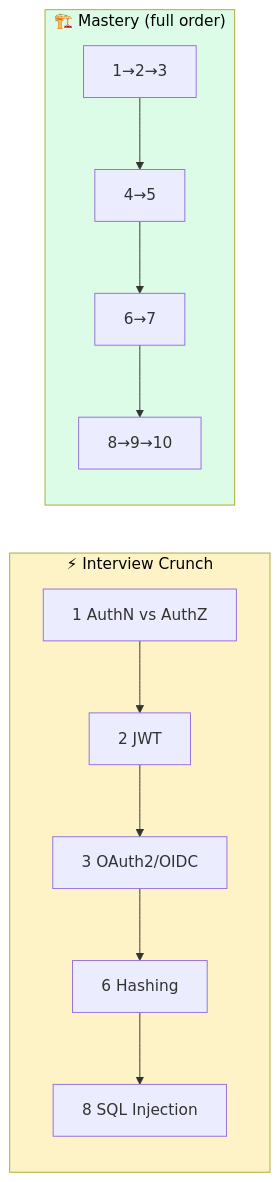
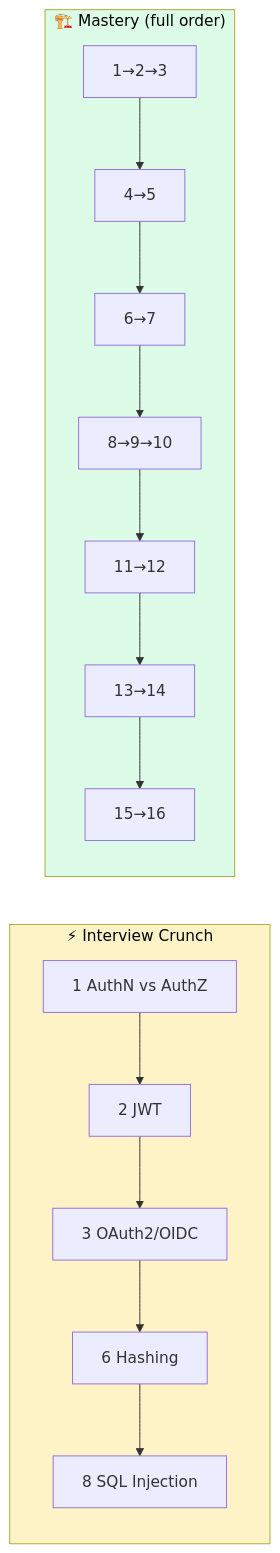
One commit to asishjagana/Interview-Prep-Dump changed the third of 3 diagrams in 11_Security_Identity/README.md. Above: the diagram before and after it, drawn with Mermaid. The commit also changed other lines of this file and 14 other files, not shown here.

Commit message:
Add SVG assets for MFA, PKI, and session cookie security diagrams

````diff
--- a/11_Security_Identity/README.md
+++ b/11_Security_Identity/README.md
@@ -68,11 +116,11 @@
 ```mermaid
 flowchart LR
     subgraph FAST["⚡ Interview Crunch"]
         F1["1 AuthN vs AuthZ"] --> F2["2 JWT"] --> F3["3 OAuth2/OIDC"] --> F4["6 Hashing"] --> F5["8 SQL Injection"]
     end
     subgraph DEEP["🏗️ Mastery (full order)"]
-        D1["1→2→3"] --> D2["4→5"] --> D3["6→7"] --> D4["8→9→10"]
+        D1["1→2→3"] --> D2["4→5"] --> D3["6→7"] --> D4["8→9→10"] --> D5["11→12"] --> D6["13→14"] --> D7["15→16"]
     end
     style FAST fill:#fef3c7,color:#000
     style DEEP fill:#dcfce7,color:#000
 ```
````
